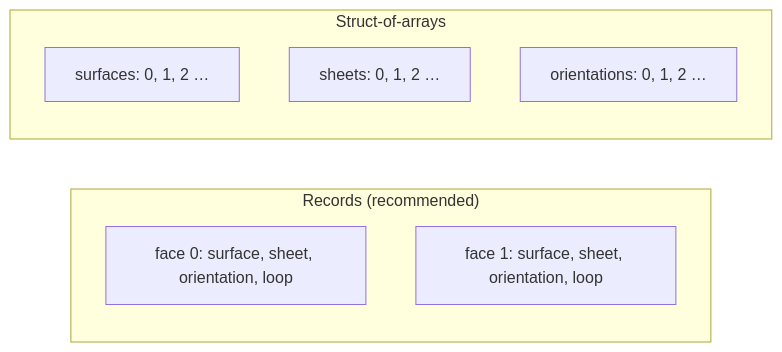
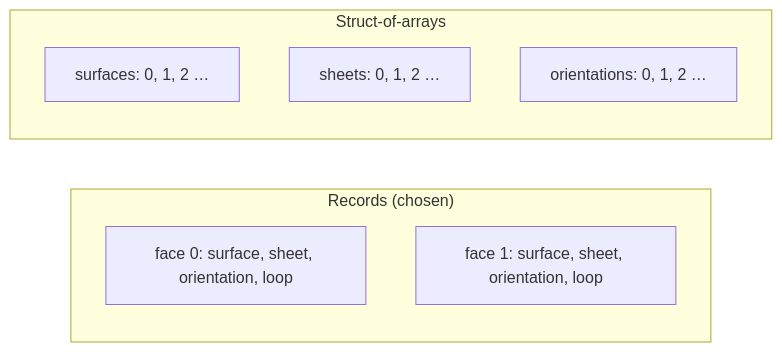
The first of 2 diagrams in docs/architecture/open-decisions.md (Dzoay/occam), drawn with Mermaid before and after one commit. The commit also changed other lines of this file and 5 other files, not shown here.

First line of the commit message:
docs: record the approval of the architecture and the answers it needed

````diff
--- a/docs/architecture/open-decisions.md
+++ b/docs/architecture/open-decisions.md
@@ -29,14 +30,14 @@
 ```mermaid
 flowchart LR
-  subgraph rec["Records (recommended)"]
+  subgraph rec["Records (chosen)"]
     direction TB
     r0["face 0: surface, sheet, orientation, loop"]
     r1["face 1: surface, sheet, orientation, loop"]
   end
   subgraph soa["Struct-of-arrays"]
     direction TB
     s0["surfaces: 0, 1, 2 …"]
     s1["sheets: 0, 1, 2 …"]
     s2["orientations: 0, 1, 2 …"]
   end
 ```
````
